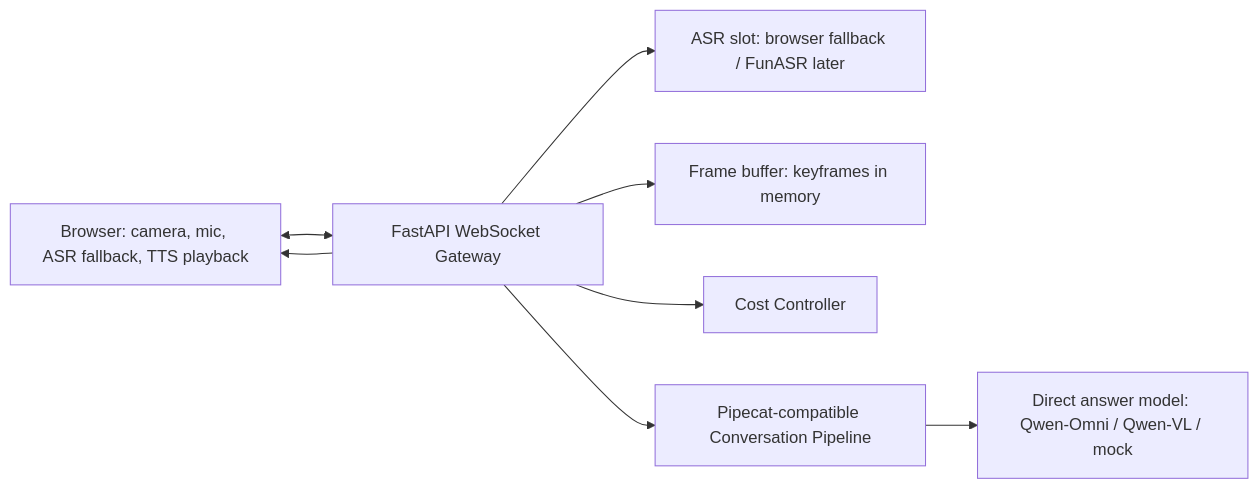
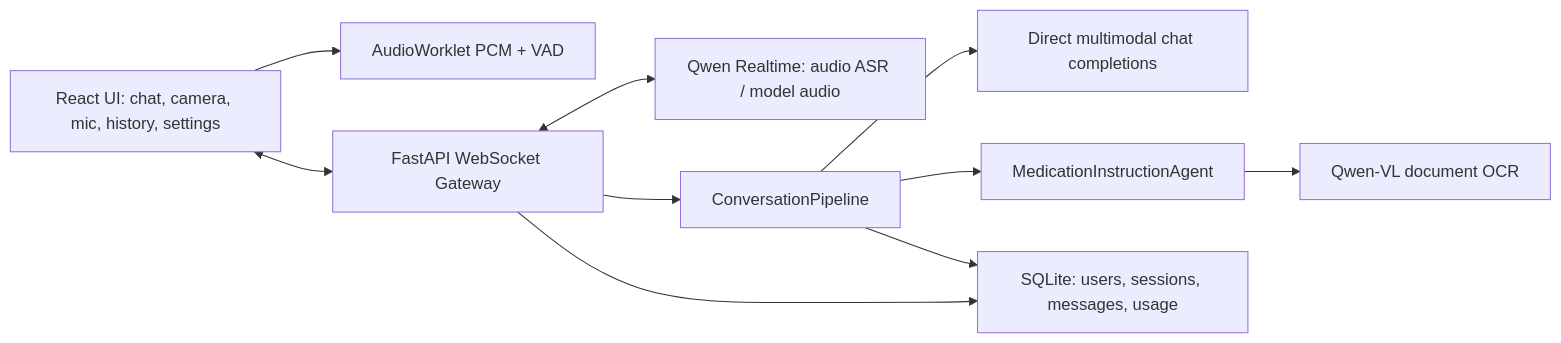
One commit to tollisdona/multimedia-ai changed the diagram in docs/design.md. Above: the diagram before and after it, drawn with Mermaid. The commit also changed other lines of this file and 14 other files, not shown here.

Commit message:
Refine realtime visual prompts and medication agent

````diff
--- a/docs/design.md
+++ b/docs/design.md
@@ -36,17 +81,22 @@
 ```mermaid
 flowchart LR
-  Browser["Browser: camera, mic, ASR fallback, TTS playback"]
+  UI["React UI: chat, camera, mic, history, settings"]
+  Audio["AudioWorklet PCM + VAD"]
   Gateway["FastAPI WebSocket Gateway"]
-  ASR["ASR slot: browser fallback / FunASR later"]
-  Vision["Frame buffer: keyframes in memory"]
-  Model["Direct answer model: Qwen-Omni / Qwen-VL / mock"]
-  Cost["Cost Controller"]
+  Realtime["Qwen Realtime: audio ASR / model audio"]
+  Pipeline["ConversationPipeline"]
+  Direct["Direct multimodal chat completions"]
+  Agent["MedicationInstructionAgent"]
+  OCR["Qwen-VL document OCR"]
+  DB["SQLite: users, sessions, messages, usage"]
 
-  Browser <--> Gateway
-  Gateway --> ASR
-  Gateway --> Vision
-  Gateway --> Pipe["Pipecat-compatible Conversation Pipeline"]
-  Pipe --> Model
-  Gateway --> Cost
-  Gateway --> Browser
+  UI --> Audio
+  UI <--> Gateway
+  Gateway <--> Realtime
+  Gateway --> Pipeline
+  Pipeline --> Direct
+  Pipeline --> Agent
+  Agent --> OCR
+  Gateway --> DB
+  Pipeline --> DB
 ```
````
